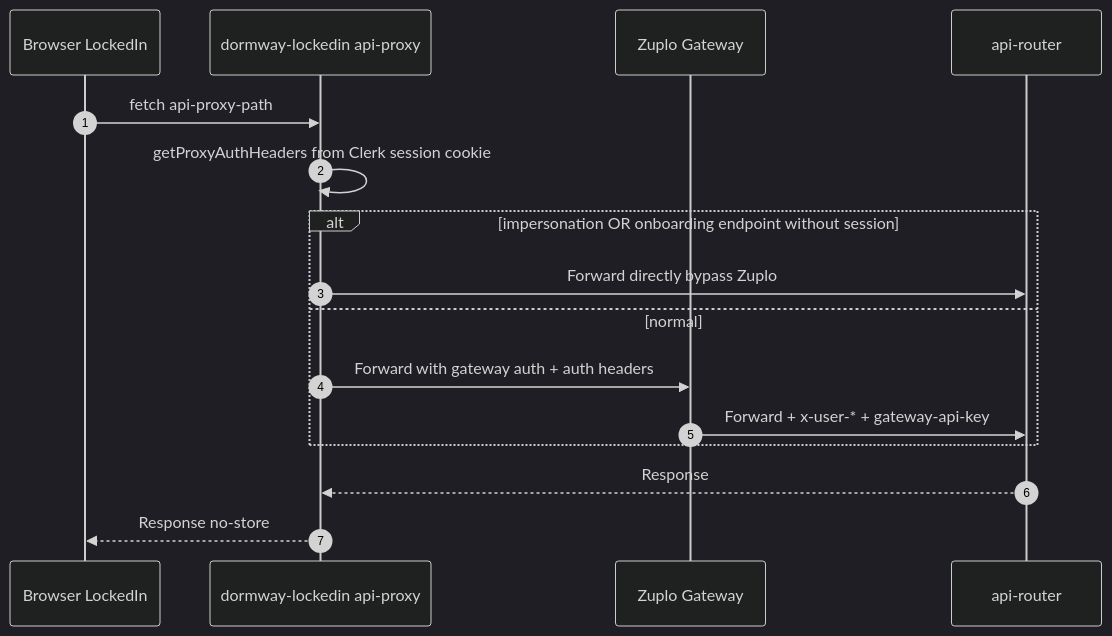
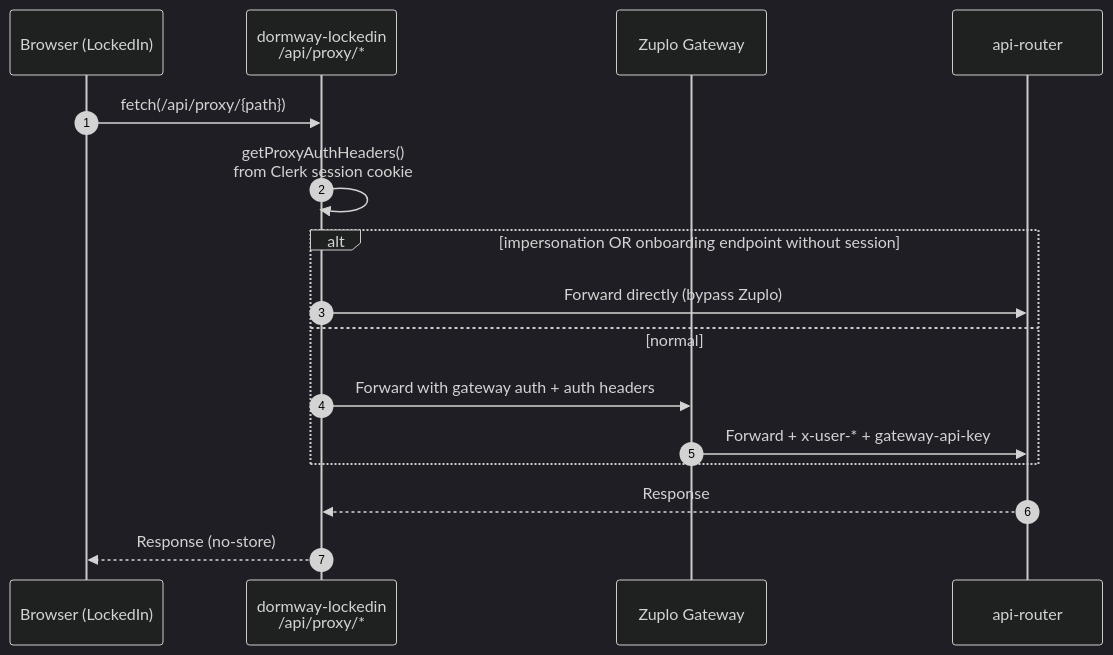
The fifth of 23 diagrams in docs/engineering/architecture/how-dormway-works.mdx (DormWay/mintlify-docs), drawn with Mermaid (dark theme) before and after one commit. The commit also changed other lines of this file and 26 other files, not shown here.

````diff
--- a/docs/engineering/architecture/how-dormway-works.mdx
+++ b/docs/engineering/architecture/how-dormway-works.mdx
@@ -353,19 +353,19 @@
 ```mermaid
 sequenceDiagram
   autonumber
-  participant Browser as Browser LockedIn
-  participant LockedIn as dormway-lockedin api-proxy
+  participant Browser as Browser (LockedIn)
+  participant LockedIn as dormway-lockedin<br/>/api/proxy/*
   participant Zuplo as Zuplo Gateway
   participant API as api-router
 
-  Browser->>LockedIn: fetch api-proxy-path
-  LockedIn->>LockedIn: getProxyAuthHeaders from Clerk session cookie
+  Browser->>LockedIn: fetch(/api/proxy/{path})
+  LockedIn->>LockedIn: getProxyAuthHeaders()<br/>from Clerk session cookie
   alt impersonation OR onboarding endpoint without session
-    LockedIn->>API: Forward directly bypass Zuplo
+    LockedIn->>API: Forward directly (bypass Zuplo)
   else normal
     LockedIn->>Zuplo: Forward with gateway auth + auth headers
     Zuplo->>API: Forward + x-user-* + gateway-api-key
   end
   API-->>LockedIn: Response
-  LockedIn-->>Browser: Response no-store
+  LockedIn-->>Browser: Response (no-store)
 ```
````
